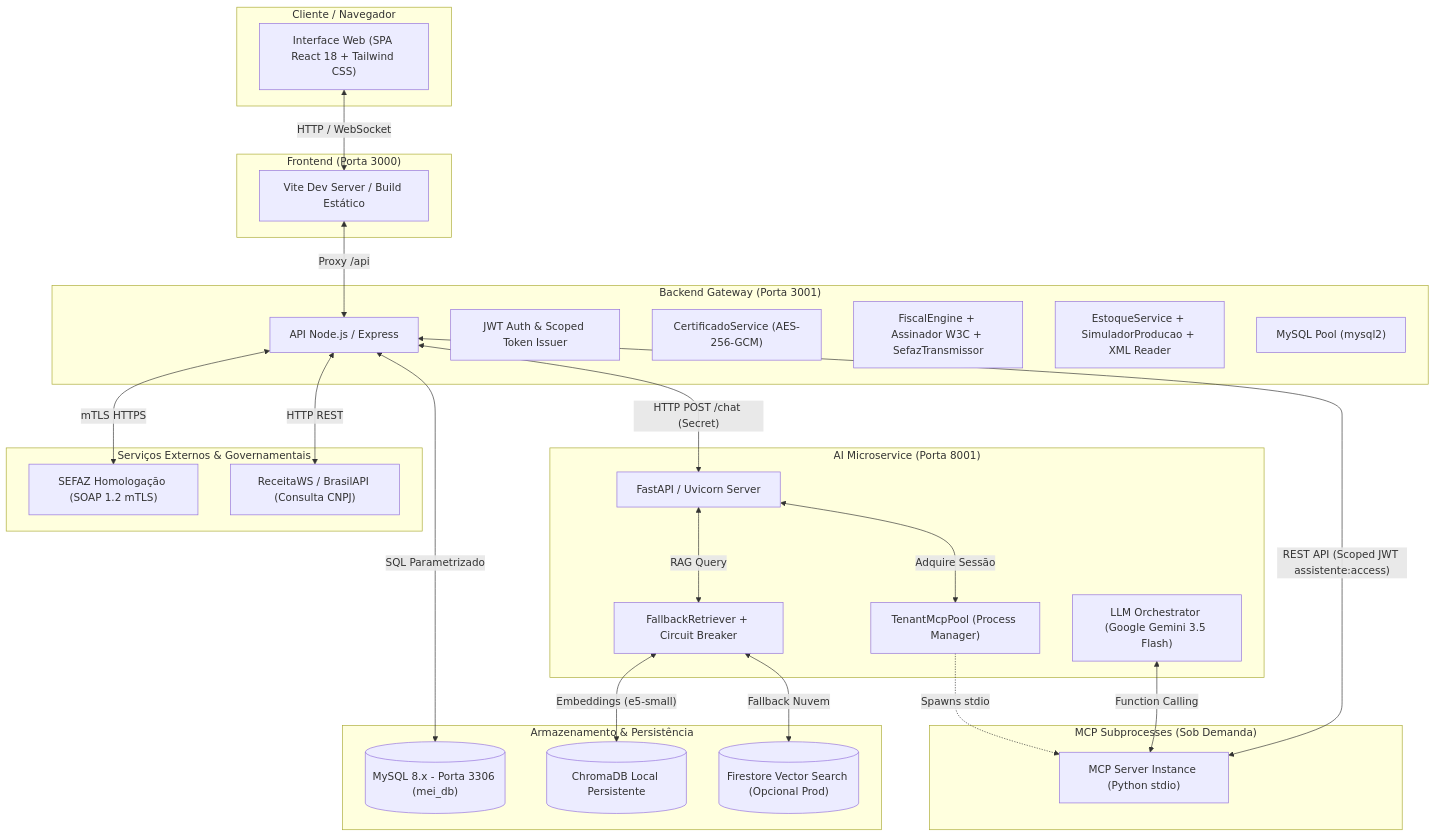
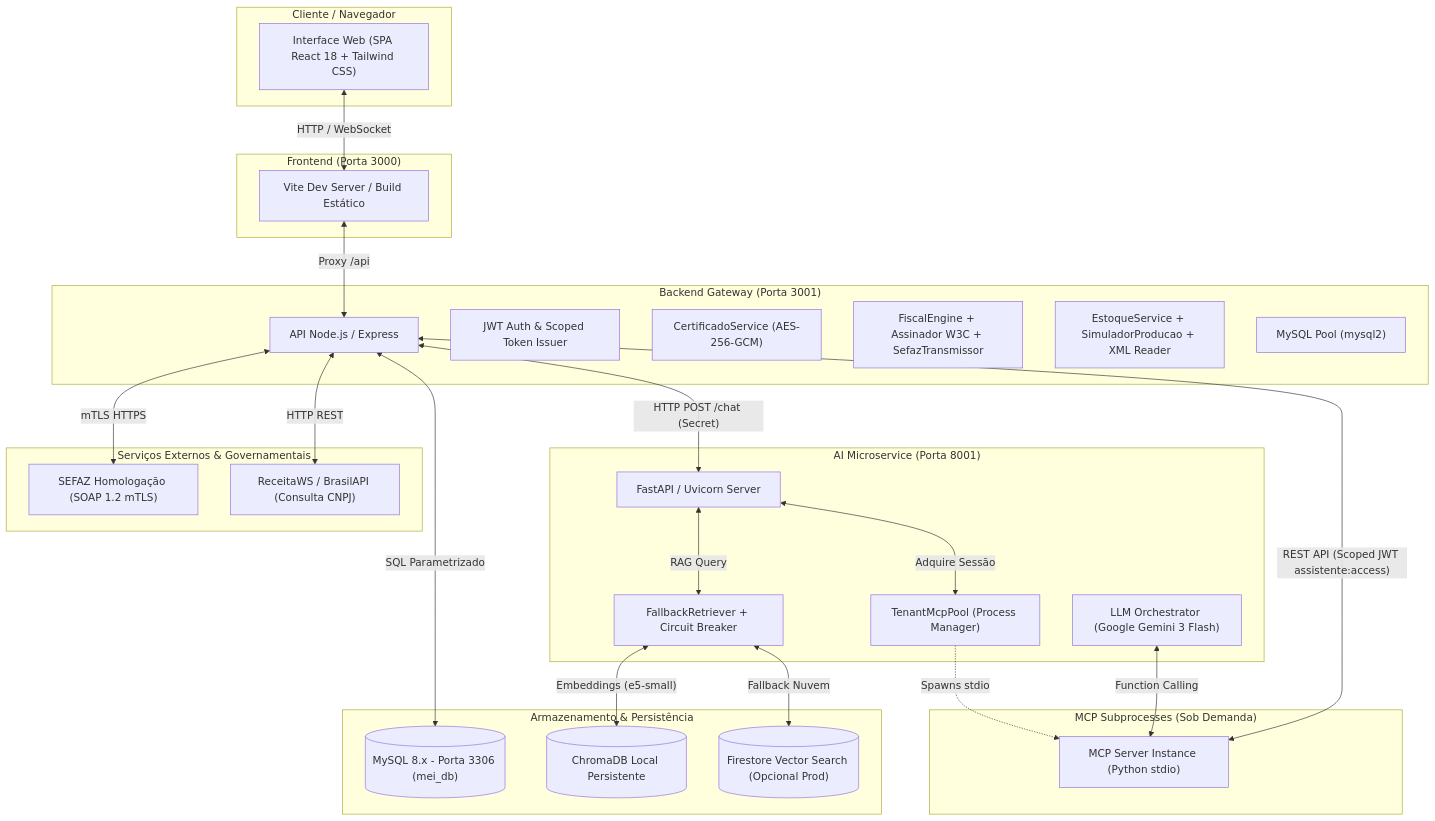
The diagram in README.md (JoaoVictorOAS/projeto-final-arandue), drawn with Mermaid before and after one commit. The commit also changed other lines of this file and 7 other files, not shown here.

````diff
--- a/README.md
+++ b/README.md
@@ -82,57 +82,57 @@
 ```mermaid
 flowchart TD
     subgraph Client["Cliente / Navegador"]
         Browser["Interface Web (SPA React 18 + Tailwind CSS)"]
     end
 
     subgraph FrontendServer["Frontend (Porta 3000)"]
         Vite["Vite Dev Server / Build Estático"]
     end
 
     subgraph BackendGateway["Backend Gateway (Porta 3001)"]
         Express["API Node.js / Express"]
         AuthMid["JWT Auth & Scoped Token Issuer"]
         CertSec["CertificadoService (AES-256-GCM)"]
         FiscalEng["FiscalEngine + Assinador W3C + SefazTransmissor"]
         StockEng["EstoqueService + SimuladorProducao + XML Reader"]
         DBPool["MySQL Pool (mysql2)"]
     end
 
     subgraph AIService["AI Microservice (Porta 8001)"]
         FastAPI["FastAPI / Uvicorn Server"]
-        Orchestrator["LLM Orchestrator (Google Gemini 3.5 Flash)"]
+        Orchestrator["LLM Orchestrator (Google Gemini 3 Flash)"]
         Retriever["FallbackRetriever + Circuit Breaker"]
         McpPool["TenantMcpPool (Process Manager)"]
     end
 
     subgraph MCPServer["MCP Subprocesses (Sob Demanda)"]
         TenantMCP["MCP Server Instance (Python stdio)"]
     end
 
     subgraph ExternalServices["Serviços Externos & Governamentais"]
         SEFAZ["SEFAZ Homologação (SOAP 1.2 mTLS)"]
         ReceitaWS["ReceitaWS / BrasilAPI (Consulta CNPJ)"]
     end
 
     subgraph Storage["Armazenamento & Persistência"]
         MySQL[("MySQL 8.x - Porta 3306 (mei_db)")]
         Chroma[("ChromaDB Local Persistente")]
         Firestore[("Firestore Vector Search (Opcional Prod)")]
     end
 
     Browser <-->|"HTTP / WebSocket"| Vite
     Vite <-->|"Proxy /api"| Express
     Express <-->|"SQL Parametrizado"| MySQL
     Express <-->|"mTLS HTTPS"| SEFAZ
     Express <-->|"HTTP REST"| ReceitaWS
     Express <-->|"HTTP POST /chat (Secret)"| FastAPI
 
     FastAPI <-->|"RAG Query"| Retriever
     Retriever <-->|"Embeddings (e5-small)"| Chroma
     Retriever <-->|"Fallback Nuvem"| Firestore
 
     FastAPI <-->|"Adquire Sessão"| McpPool
     McpPool -.->|"Spawns stdio"| TenantMCP
     TenantMCP <-->|"REST API (Scoped JWT assistente:access)"| Express
     Orchestrator <-->|"Function Calling"| TenantMCP
 ```
````
